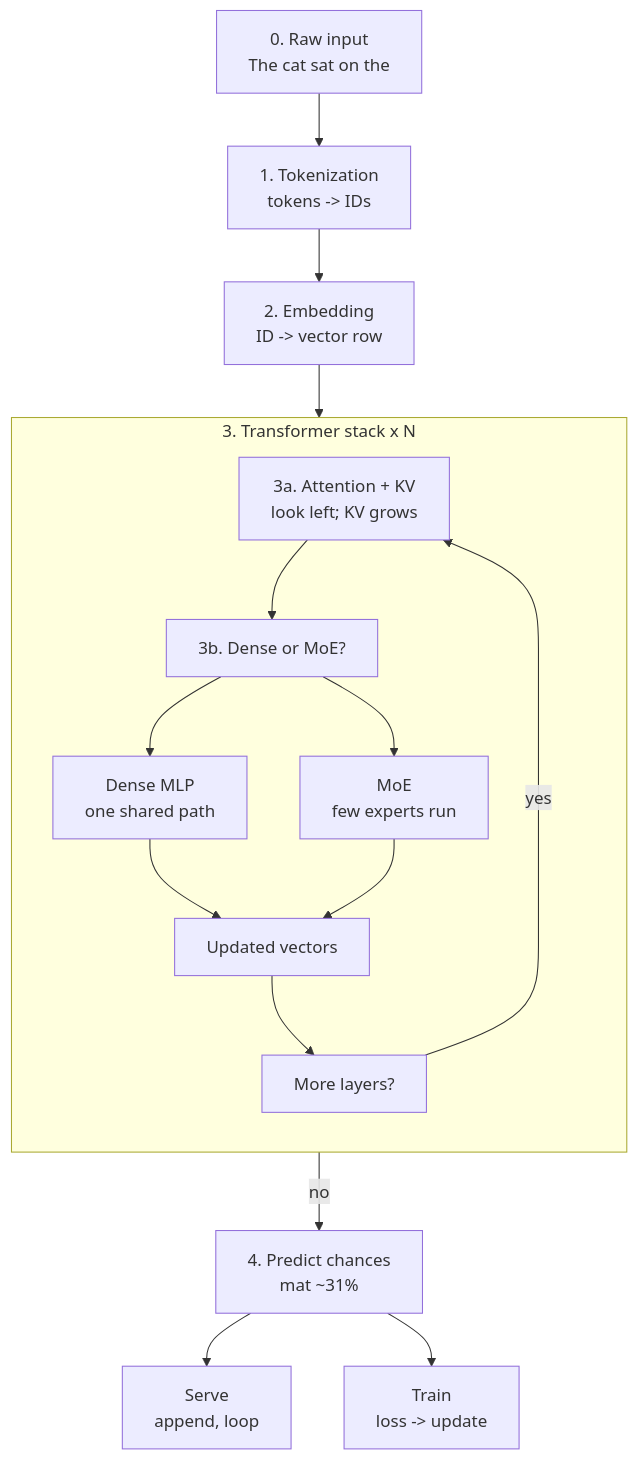
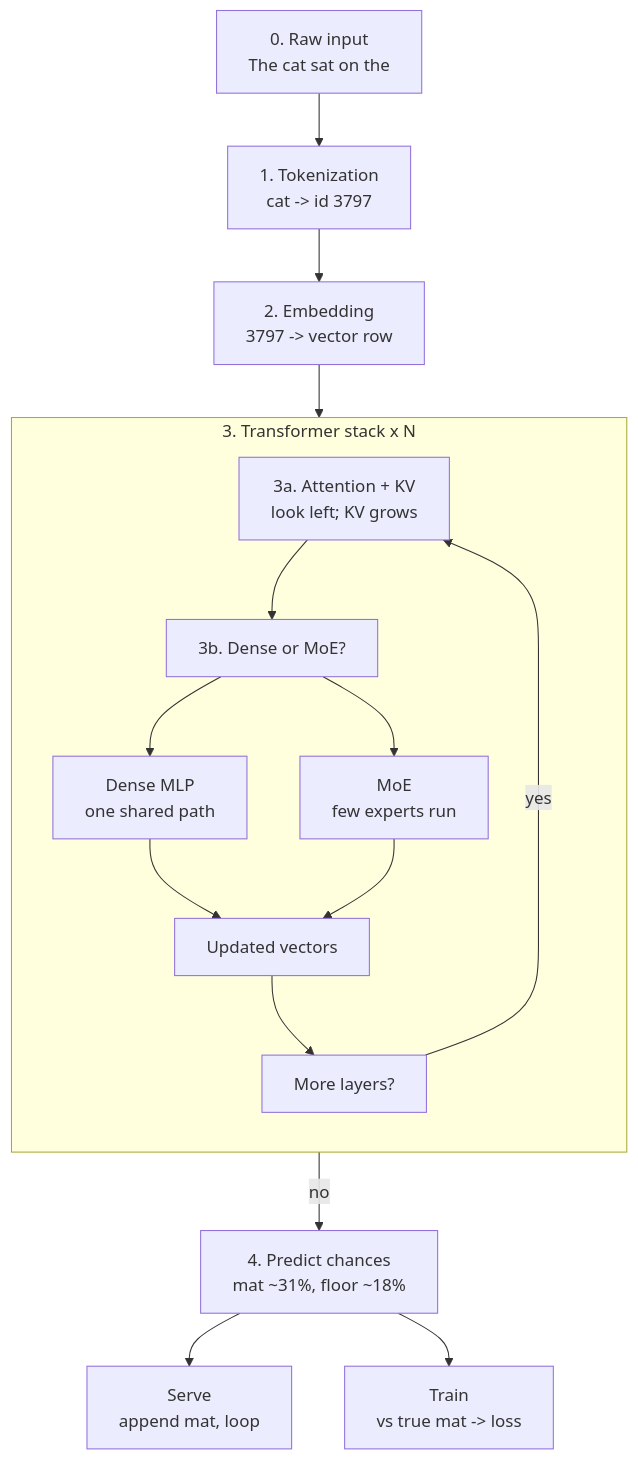
Before and after one commit to Vince-0/AI_Theory: the diagram in README.md, drawn with Mermaid. The commit also changed other lines of this file, not shown here.

Commit message:
Drop duplicate one-decode mermaid; fold toy examples into full flow.

````diff
--- a/README.md
+++ b/README.md
@@ -149,33 +130,33 @@
 ```mermaid
 flowchart TD
   s0["0. Raw input<br/>The cat sat on the"]
-  s1["1. Tokenization<br/>tokens -> IDs"]
-  s2["2. Embedding<br/>ID -> vector row"]
+  s1["1. Tokenization<br/>cat -> id 3797"]
+  s2["2. Embedding<br/>3797 -> vector row"]
 
   subgraph s3 ["3. Transformer stack x N"]
     direction TB
     s3a["3a. Attention + KV<br/>look left; KV grows"]
     s3b["3b. Dense or MoE?"]
     dense["Dense MLP<br/>one shared path"]
     moe["MoE<br/>few experts run"]
     updated["Updated vectors"]
     more["More layers?"]
 
     s3a --> s3b
     s3b --> dense
     s3b --> moe
     dense --> updated
     moe --> updated
     updated --> more
     more -->|"yes"| s3a
   end
 
-  s4["4. Predict chances<br/>mat ~31%"]
-  serve["Serve<br/>append, loop"]
-  train["Train<br/>loss -> update"]
+  s4["4. Predict chances<br/>mat ~31%, floor ~18%"]
+  serve["Serve<br/>append mat, loop"]
+  train["Train<br/>vs true mat -> loss"]
 
   s0 --> s1 --> s2 --> s3a
   more -->|"no"| s4
   s4 --> serve
   s4 --> train
 ```
````
